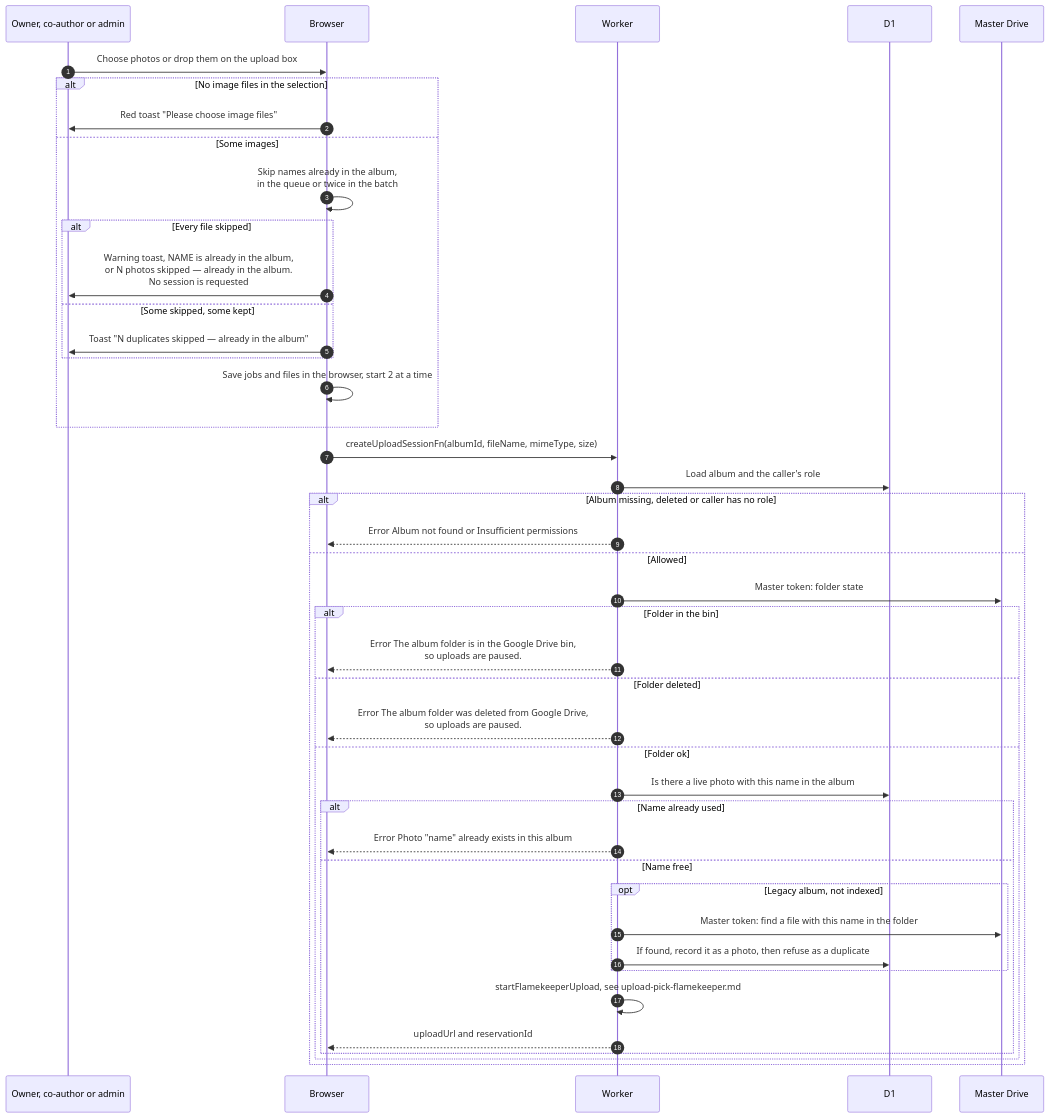
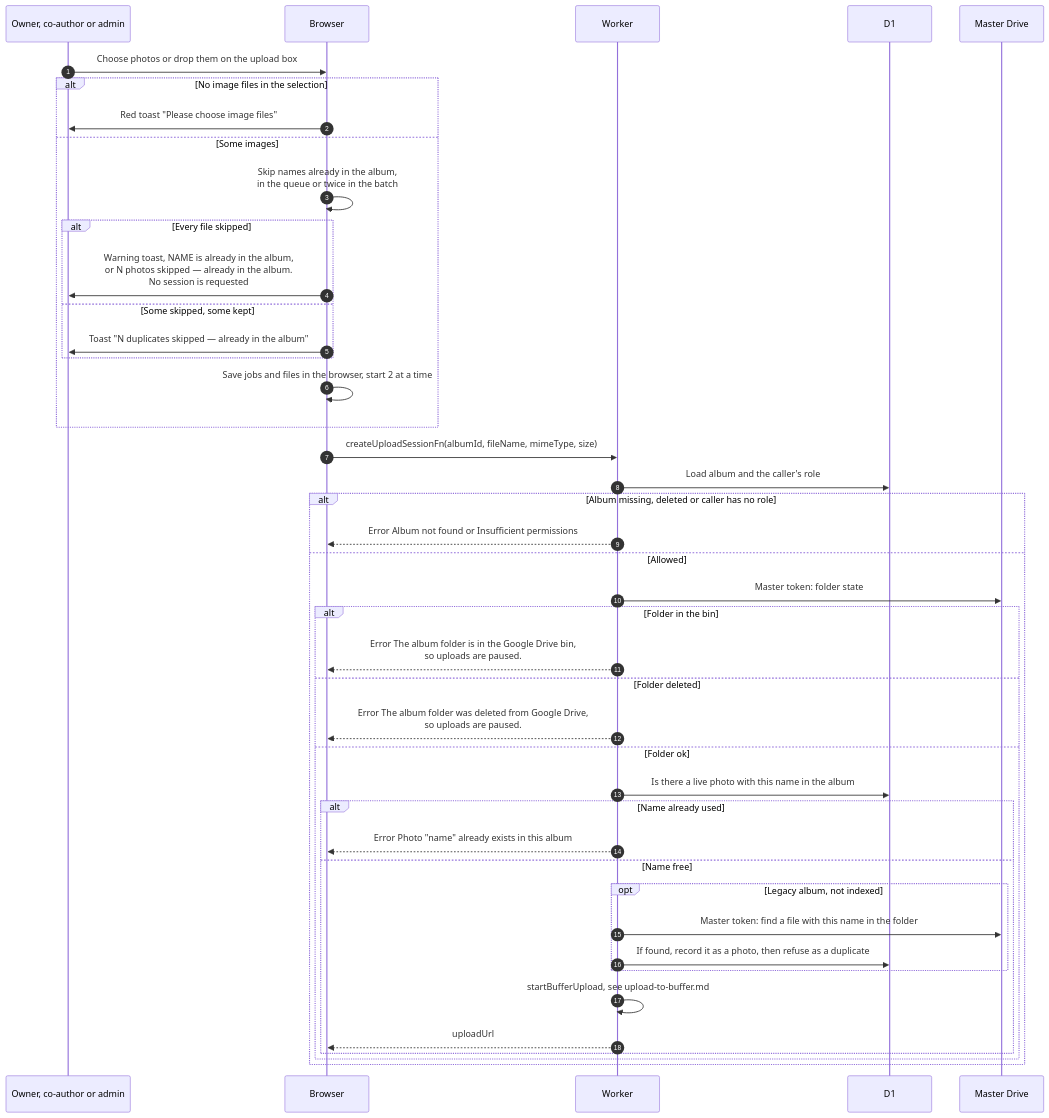
The diagram in docs/scenarios/albums/upload-start.md (sagyzdop/meriksirat), drawn with Mermaid before and after one commit. The commit also changed other lines of this file and 32 other files, not shown here.

````diff
--- a/docs/scenarios/albums/upload-start.md
+++ b/docs/scenarios/albums/upload-start.md
@@ -16,45 +16,45 @@
 ```mermaid
 sequenceDiagram
     autonumber
     participant M as Owner, co-author or admin
     participant B as Browser
     participant W as Worker
     participant D as D1
     participant G as Master Drive
     M->>B: Choose photos or drop them on the upload box
     alt No image files in the selection
         B->>M: Red toast "Please choose image files"
     else Some images
         B->>B: Skip names already in the album,<br/>in the queue or twice in the batch
         alt Every file skipped
             B->>M: Warning toast, NAME is already in the album,<br/>or N photos skipped — already in the album.<br/>No session is requested
         else Some skipped, some kept
             B->>M: Toast "N duplicates skipped — already in the album"
         end
         B->>B: Save jobs and files in the browser, start 2 at a time
     end
     B->>W: createUploadSessionFn(albumId, fileName, mimeType, size)
     W->>D: Load album and the caller's role
     alt Album missing, deleted or caller has no role
         W-->>B: Error Album not found or Insufficient permissions
     else Allowed
         W->>G: Master token: folder state
         alt Folder in the bin
             W-->>B: Error The album folder is in the Google Drive bin,<br/>so uploads are paused.
         else Folder deleted
             W-->>B: Error The album folder was deleted from Google Drive,<br/>so uploads are paused.
         else Folder ok
             W->>D: Is there a live photo with this name in the album
             alt Name already used
                 W-->>B: Error Photo "name" already exists in this album
             else Name free
                 opt Legacy album, not indexed
                     W->>G: Master token: find a file with this name in the folder
                     W->>D: If found, record it as a photo, then refuse as a duplicate
                 end
-                W->>W: startFlamekeeperUpload, see upload-pick-flamekeeper.md
-                W-->>B: uploadUrl and reservationId
+                W->>W: startBufferUpload, see upload-to-buffer.md
+                W-->>B: uploadUrl
             end
         end
     end
 ```
````
